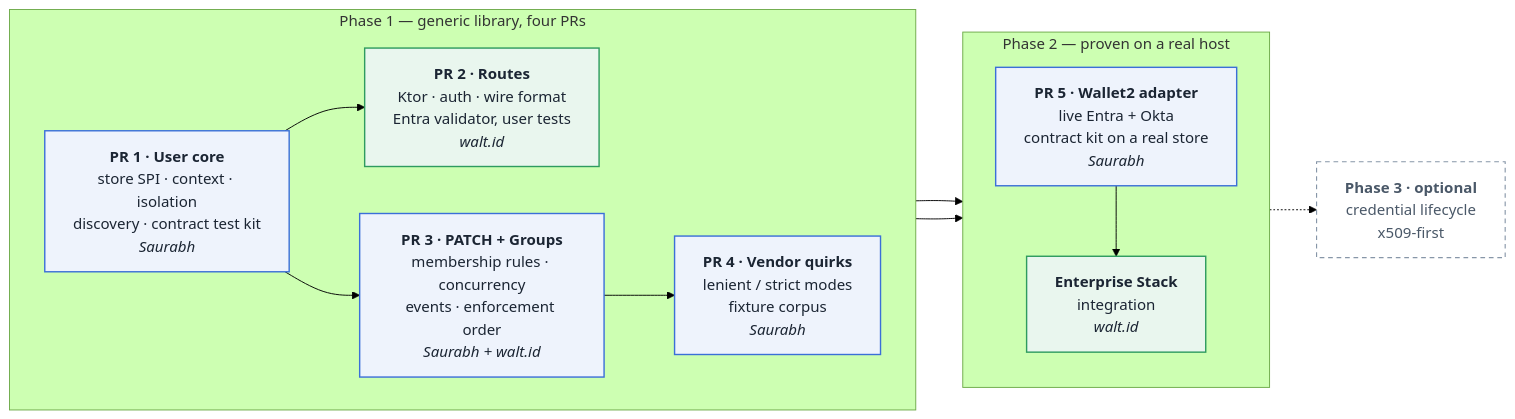
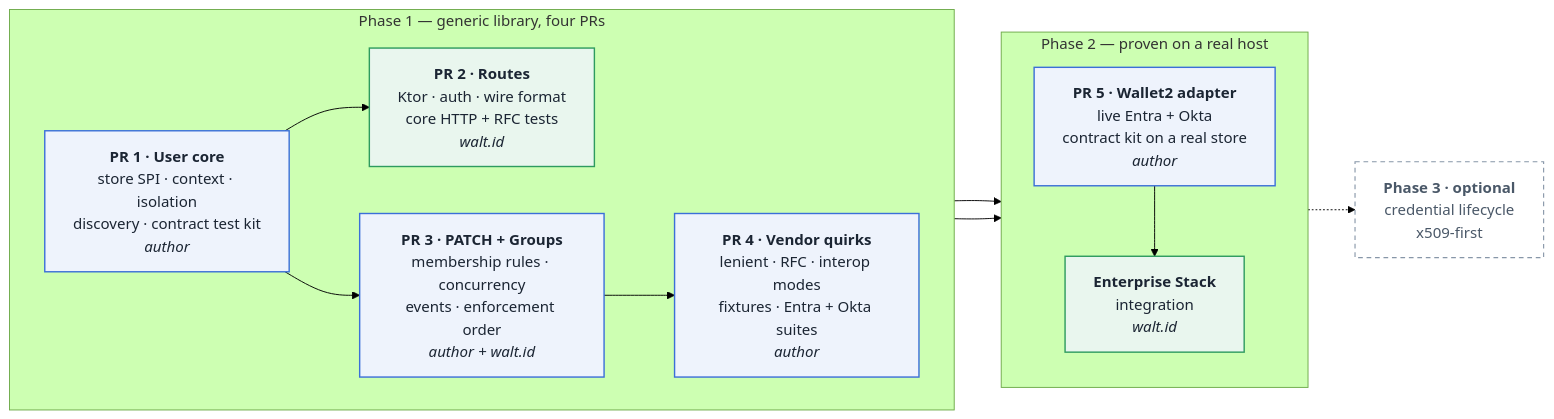
The diagram in diagrams/fig03-phasing.mmd (saujam/walt-id-scim-2.0-design), drawn with Mermaid (forest theme) before and after one commit. The commit also changed 5 other files, not shown here.

```diff
--- a/diagrams/fig03-phasing.mmd
+++ b/diagrams/fig03-phasing.mmd
@@ -1,26 +1,26 @@
 flowchart LR
   subgraph P1["Phase 1 — generic library, four PRs"]
     direction LR
-    PR1["<b>PR 1 · User core</b><br/>store SPI · context · isolation<br/>discovery · contract test kit<br/><i>Saurabh</i>"]:::lib
-    PR2["<b>PR 2 · Routes</b><br/>Ktor · auth · wire format<br/>Entra validator, user tests<br/><i>walt.id</i>"]:::walt
-    PR3["<b>PR 3 · PATCH + Groups</b><br/>membership rules · concurrency<br/>events · enforcement order<br/><i>Saurabh + walt.id</i>"]:::lib
-    PR4["<b>PR 4 · Vendor quirks</b><br/>lenient / strict modes<br/>fixture corpus<br/><i>Saurabh</i>"]:::lib
+    PR1["<b>PR 1 · User core</b><br/>store SPI · context · isolation<br/>discovery · contract test kit<br/><i>author</i>"]:::lib
+    PR2["<b>PR 2 · Routes</b><br/>Ktor · auth · wire format<br/>core HTTP + RFC tests<br/><i>walt.id</i>"]:::walt
+    PR3["<b>PR 3 · PATCH + Groups</b><br/>membership rules · concurrency<br/>events · enforcement order<br/><i>author + walt.id</i>"]:::lib
+    PR4["<b>PR 4 · Vendor quirks</b><br/>lenient · RFC · interop modes<br/>fixtures · Entra + Okta suites<br/><i>author</i>"]:::lib
   end
   subgraph P2["Phase 2 — proven on a real host"]
     direction TB
-    PR5["<b>PR 5 · Wallet2 adapter</b><br/>live Entra + Okta<br/>contract kit on a real store<br/><i>Saurabh</i>"]:::lib
+    PR5["<b>PR 5 · Wallet2 adapter</b><br/>live Entra + Okta<br/>contract kit on a real store<br/><i>author</i>"]:::lib
     ENT["<b>Enterprise Stack</b><br/>integration<br/><i>walt.id</i>"]:::walt
   end
   P3["<b>Phase 3 · optional</b><br/>credential lifecycle<br/>x509-first"]:::opt
   PR1 --> PR2
   PR1 --> PR3 --> PR4
   PR2 --> PR5
   PR4 --> PR5
   PR5 --> ENT
   P2 -.-> P3
 classDef lib fill:#EEF3FC,stroke:#3B6FD8,stroke-width:1.5px,color:#1B2533;
 classDef walt fill:#E9F6EE,stroke:#2E9B5F,stroke-width:1.5px,color:#1B2533;
 classDef ext fill:#F4F6F8,stroke:#8796A8,stroke-width:1.2px,color:#1B2533;
 classDef opt fill:#FFFFFF,stroke:#8796A8,stroke-width:1.2px,stroke-dasharray:5 4,color:#4A5868;
 classDef bad fill:#FDEDEC,stroke:#C0392B,stroke-width:1.5px,color:#1B2533;
 classDef good fill:#E9F6EE,stroke:#2E9B5F,stroke-width:1.5px,color:#1B2533;
```
